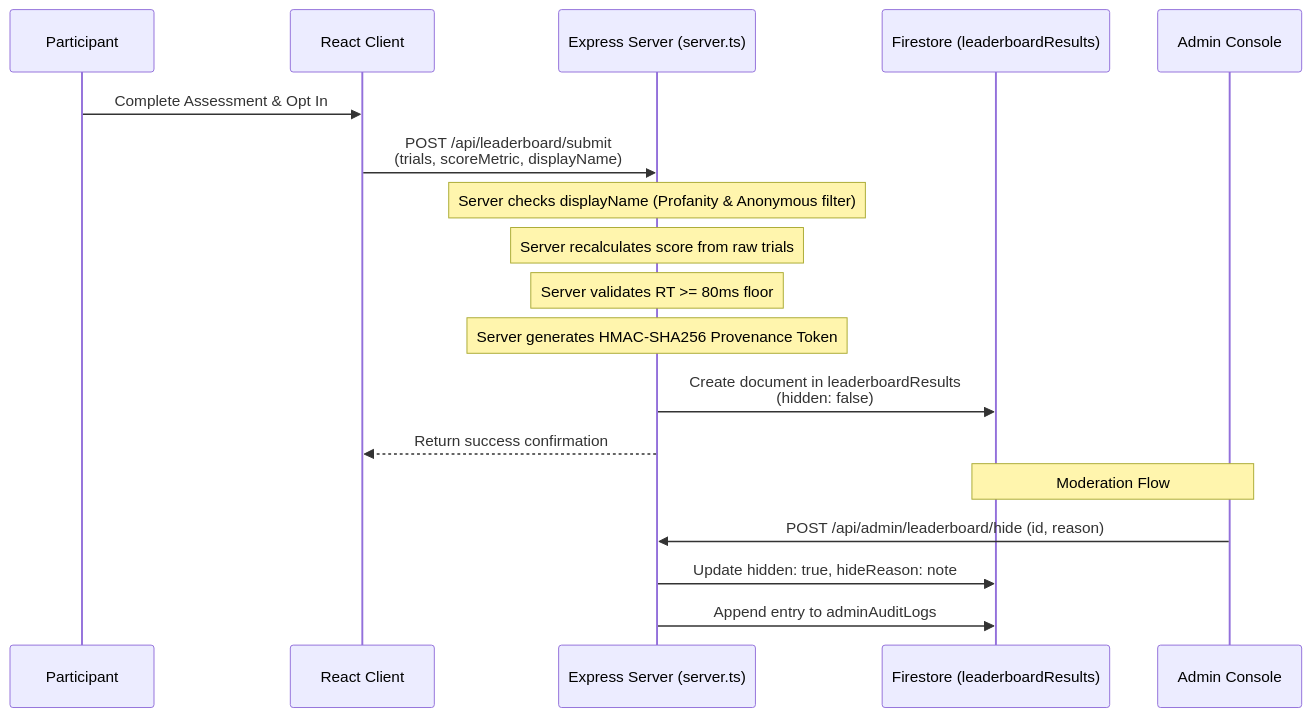
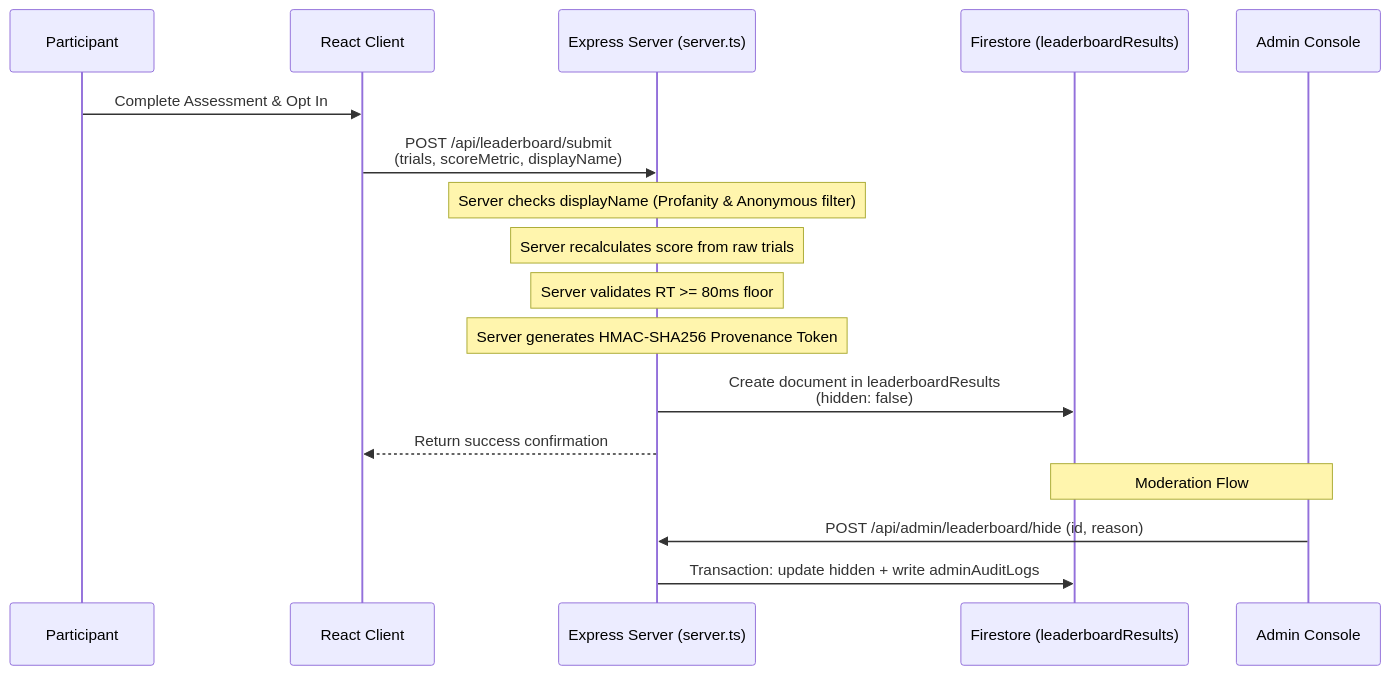
Before and after one commit to Affan0786isOP/PULSE-2.1: the diagram in docs/specs/LEADERBOARD_PROVENANCE.md, drawn with Mermaid. The commit also changed other lines of this file and 1 other file, not shown here.

````diff
--- a/docs/specs/LEADERBOARD_PROVENANCE.md
+++ b/docs/specs/LEADERBOARD_PROVENANCE.md
@@ -11,22 +11,21 @@
 ```mermaid
 sequenceDiagram
     participant User as Participant
     participant Client as React Client
     participant Server as Express Server (server.ts)
     participant Firestore as Firestore (leaderboardResults)
     participant Admin as Admin Console
 
     User->>Client: Complete Assessment & Opt In
     Client->>Server: POST /api/leaderboard/submit<br/>(trials, scoreMetric, displayName)
     Note over Server: Server checks displayName (Profanity & Anonymous filter)
     Note over Server: Server recalculates score from raw trials
     Note over Server: Server validates RT >= 80ms floor
     Note over Server: Server generates HMAC-SHA256 Provenance Token
     Server->>Firestore: Create document in leaderboardResults<br/>(hidden: false)
     Server-->>Client: Return success confirmation
     
     Note over Admin,Firestore: Moderation Flow
     Admin->>Server: POST /api/admin/leaderboard/hide (id, reason)
-    Server->>Firestore: Update hidden: true, hideReason: note
-    Server->>Firestore: Append entry to adminAuditLogs
+    Server->>Firestore: Transaction: update hidden + write adminAuditLogs
 ```
````
